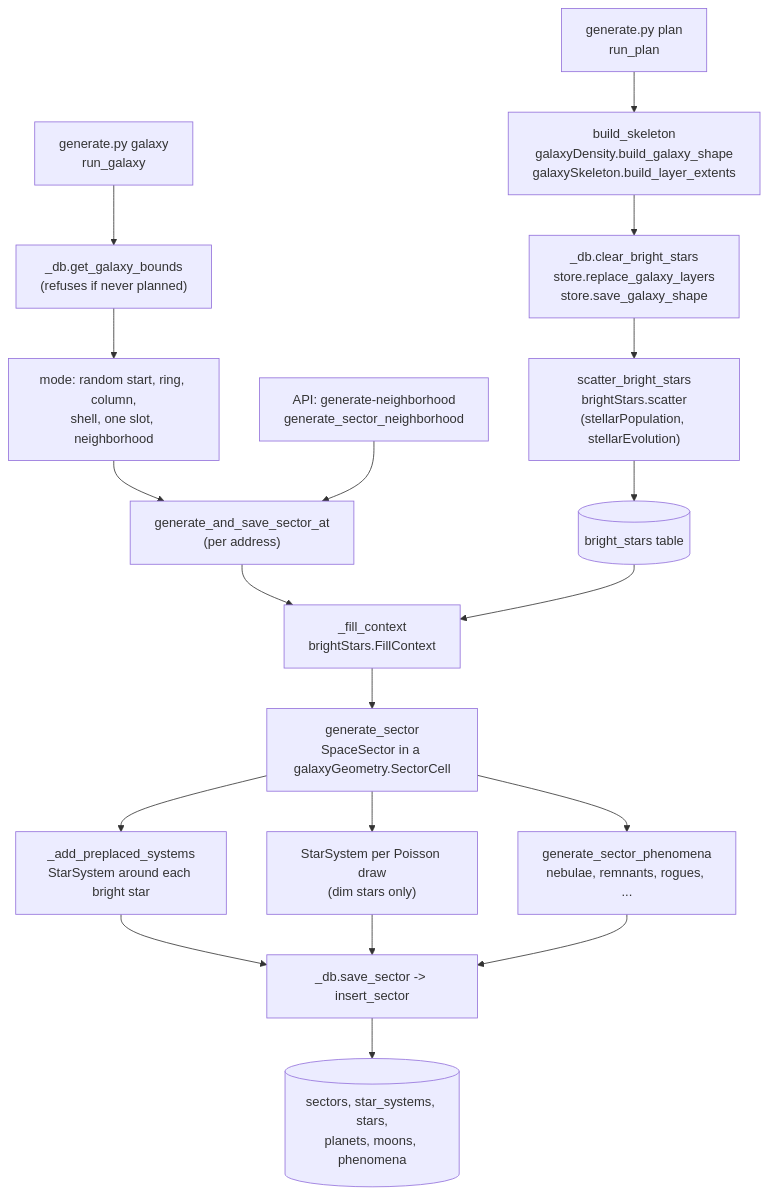
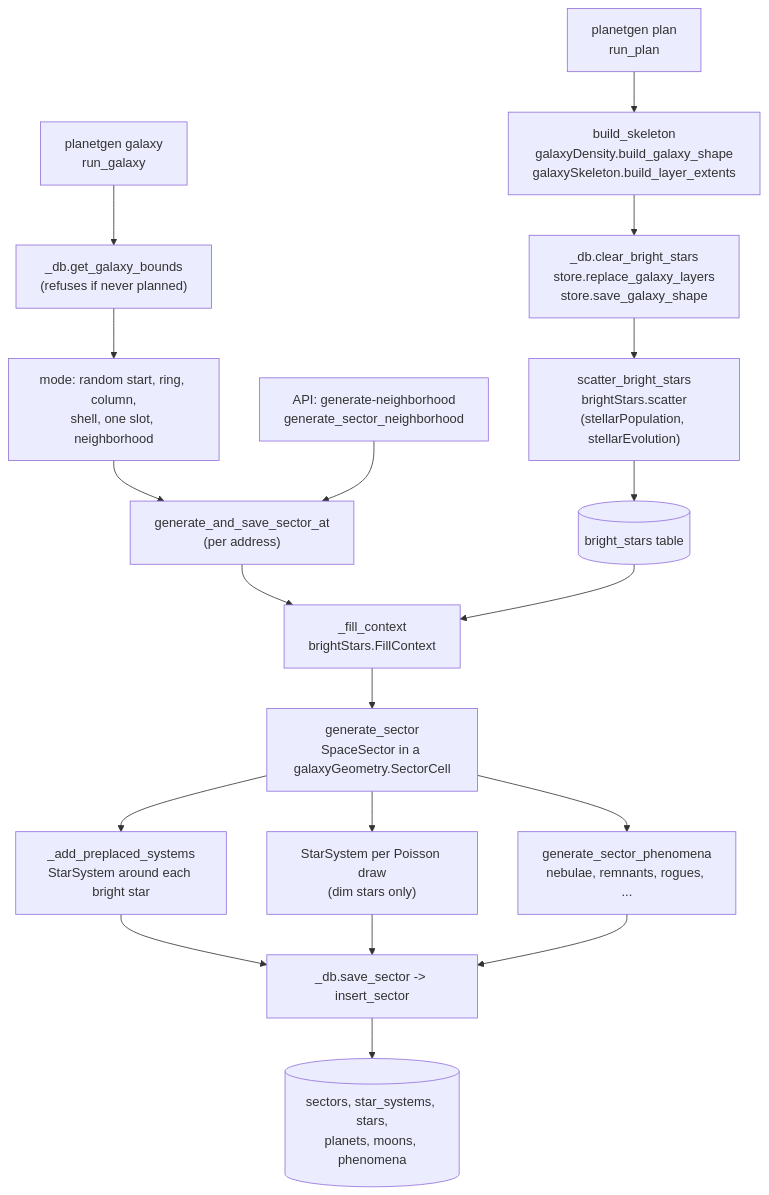
One commit to dwhagar/planetGen changed the second of 8 diagrams in docs/design/architecture.md. Above: the diagram before and after it, drawn with Mermaid. The commit also changed other lines of this file and 127 other files, not shown here.

First line of the commit message:
Split generate.py into planetgen.generation.run_* and planetgen.cli.generate (OPS.24 step 14a) (#472)

````diff
--- a/docs/design/architecture.md
+++ b/docs/design/architecture.md
@@ -394,22 +394,22 @@
 ```mermaid
 flowchart TD
-    Plan["generate.py plan<br/>run_plan"] --> Skel["build_skeleton<br/>galaxyDensity.build_galaxy_shape<br/>galaxySkeleton.build_layer_extents"]
+    Plan["planetgen plan<br/>run_plan"] --> Skel["build_skeleton<br/>galaxyDensity.build_galaxy_shape<br/>galaxySkeleton.build_layer_extents"]
     Skel --> SaveSkel["_db.clear_bright_stars<br/>store.replace_galaxy_layers<br/>store.save_galaxy_shape"]
     SaveSkel --> Scatter["scatter_bright_stars<br/>brightStars.scatter<br/>(stellarPopulation, stellarEvolution)"]
     Scatter --> BS[("bright_stars table")]
 
-    Galaxy["generate.py galaxy<br/>run_galaxy"] --> Bounds["_db.get_galaxy_bounds<br/>(refuses if never planned)"]
+    Galaxy["planetgen galaxy<br/>run_galaxy"] --> Bounds["_db.get_galaxy_bounds<br/>(refuses if never planned)"]
     Bounds --> Mode["mode: random start, ring, column,<br/>shell, one slot, neighborhood"]
     Mode --> At["generate_and_save_sector_at<br/>(per address)"]
     OnDemand["API: generate-neighborhood<br/>generate_sector_neighborhood"] --> At
     At --> Fill["_fill_context<br/>brightStars.FillContext"]
     BS --> Fill
     Fill --> GenSec["generate_sector<br/>SpaceSector in a galaxyGeometry.SectorCell"]
     GenSec --> Pre["_add_preplaced_systems<br/>StarSystem around each bright star"]
     GenSec --> Dim["StarSystem per Poisson draw<br/>(dim stars only)"]
     GenSec --> Phen["generate_sector_phenomena<br/>nebulae, remnants, rogues, ..."]
     Pre --> Save["_db.save_sector -> insert_sector"]
     Dim --> Save
     Phen --> Save
     Save --> DB[("sectors, star_systems, stars,<br/>planets, moons, phenomena")]
 ```
````
